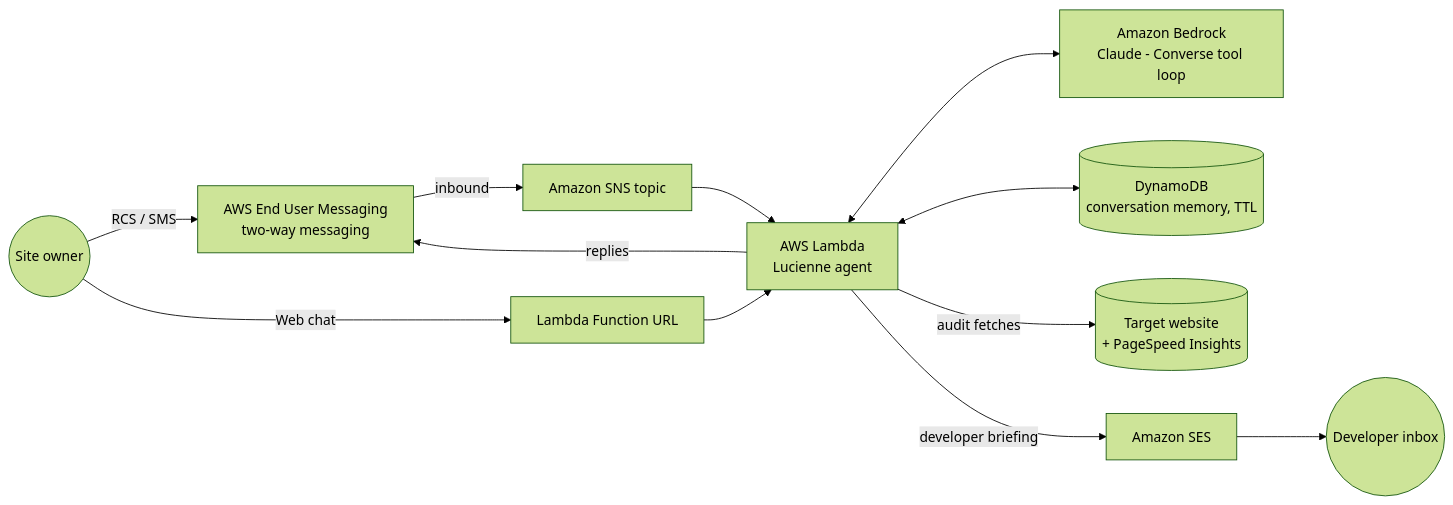
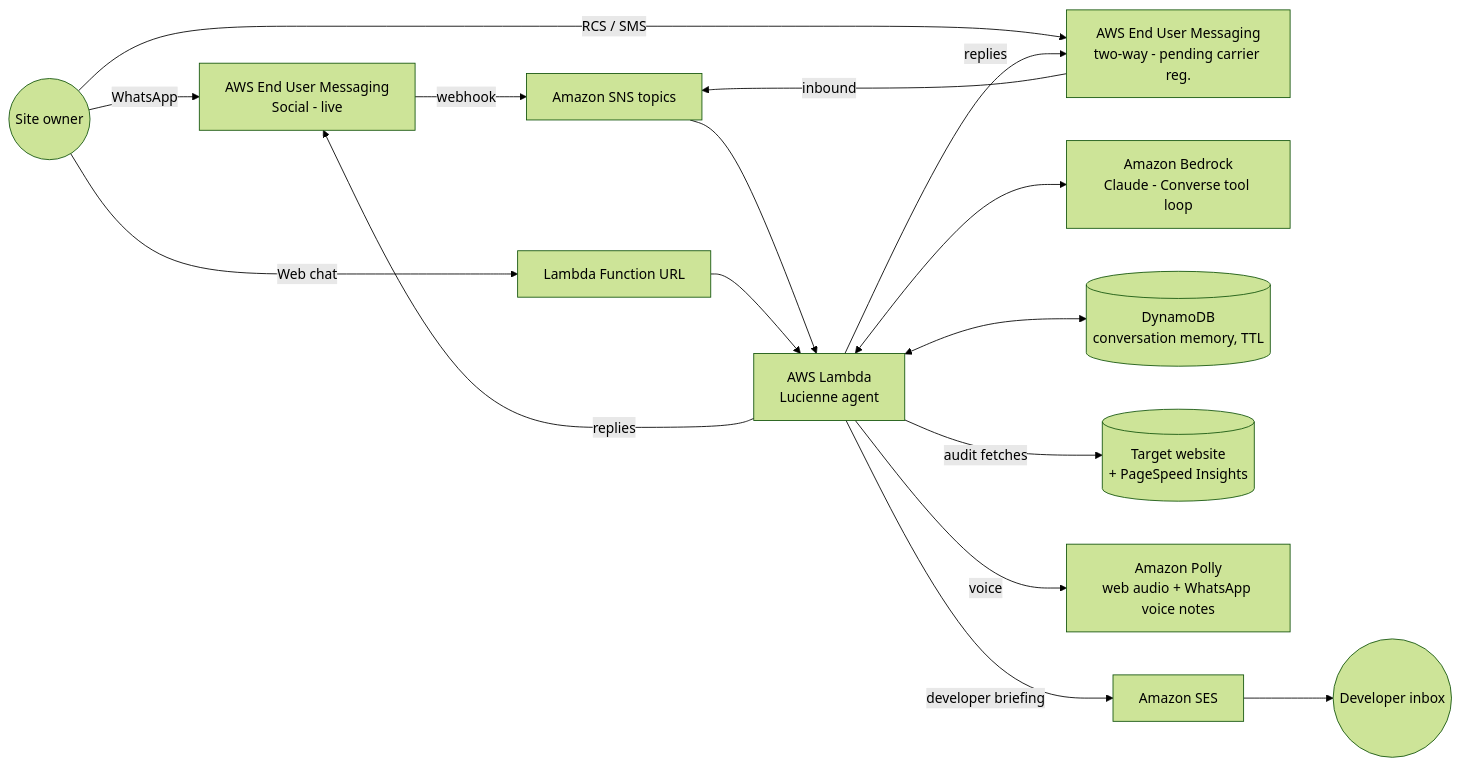
Before and after one commit to tanDivina/lucienne: the diagram in README.md, drawn with Mermaid (forest theme). The commit also changed other lines of this file and 2 other files, not shown here.

First line of the commit message:
Submission docs and README: WhatsApp is the live channel

````diff
--- a/README.md
+++ b/README.md
@@ -28,14 +33,18 @@
 ```mermaid
 flowchart LR
-    U((Site owner)) -- "RCS / SMS" --> EUM[AWS End User Messaging\ntwo-way messaging]
+    U((Site owner)) -- "WhatsApp" --> EUMS[AWS End User Messaging\nSocial - live]
+    U -- "RCS / SMS" --> EUM[AWS End User Messaging\ntwo-way - pending carrier reg.]
     U -- "Web chat" --> FURL[Lambda Function URL]
-    EUM -- inbound --> SNS[Amazon SNS topic]
+    EUMS -- webhook --> SNS[Amazon SNS topics]
+    EUM -- inbound --> SNS
     SNS --> L[AWS Lambda\nLucienne agent]
     FURL --> L
     L <--> BR[Amazon Bedrock\nClaude - Converse tool loop]
     L <--> DDB[(DynamoDB\nconversation memory, TTL)]
     L -- "audit fetches" --> WEB[(Target website\n+ PageSpeed Insights)]
+    L -- "voice" --> POLLY[Amazon Polly\nweb audio + WhatsApp voice notes]
+    L -- "replies" --> EUMS
     L -- "replies" --> EUM
     L -- "developer briefing" --> SES[Amazon SES]
     SES --> INBOX((Developer inbox))
 ```
````
